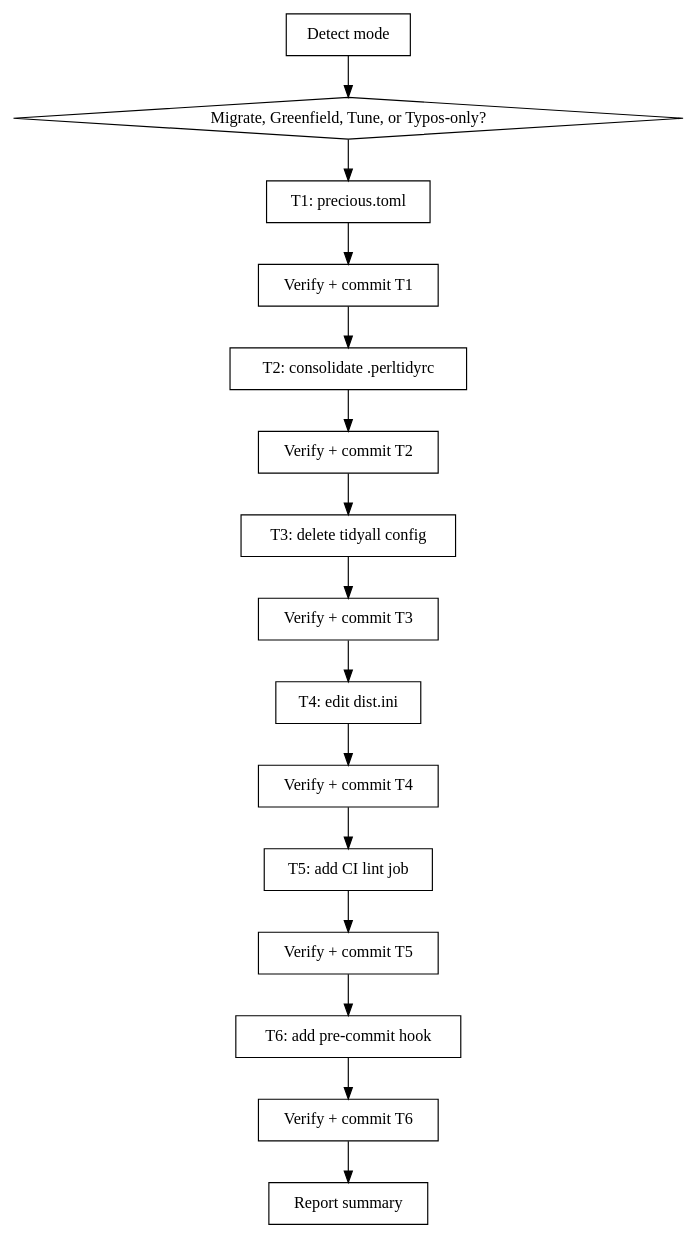
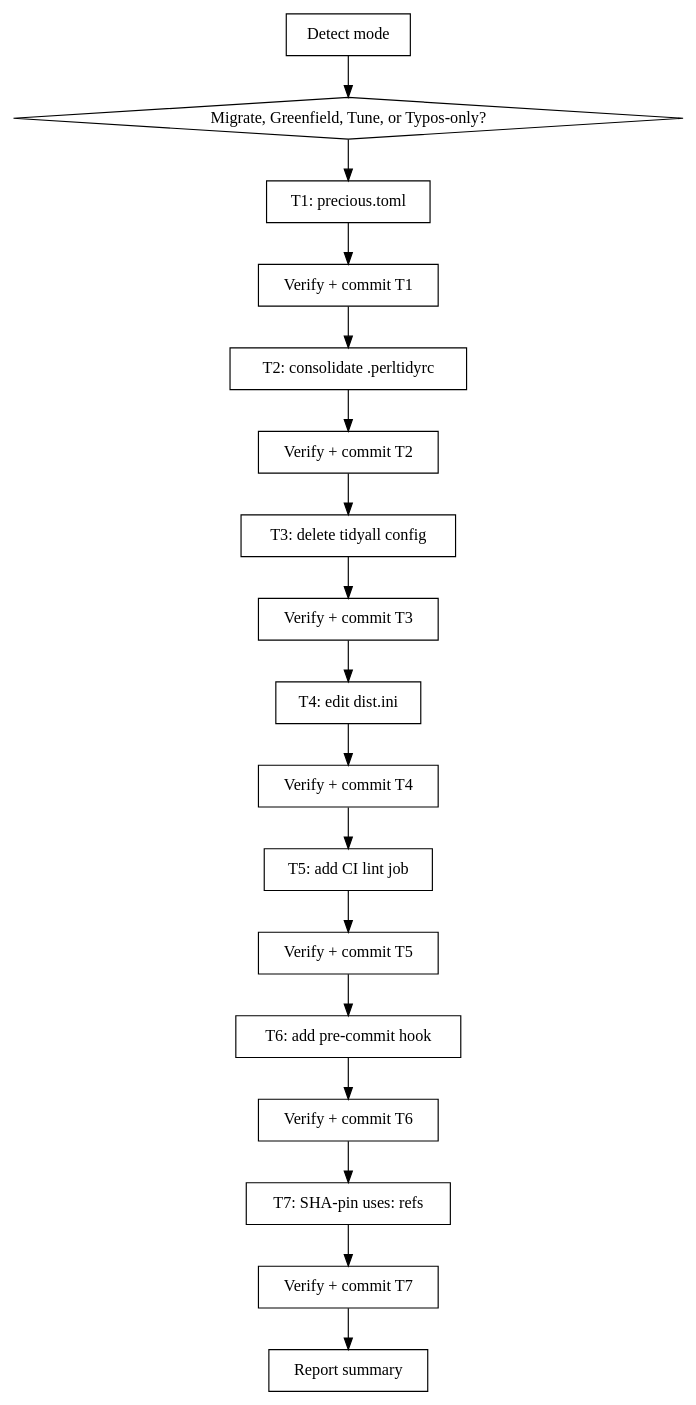
The diagram in skills/tune-precious/SKILL.md (oalders/kitchen-sink), drawn with Graphviz before and after one commit. The commit also changed other lines of this file and 8 other files, not shown here.

First line of the commit message:
pin-gh-actions: SHA-pin every GitHub Actions uses: ref (#233) (#235)

````diff
--- a/skills/tune-precious/SKILL.md
+++ b/skills/tune-precious/SKILL.md
@@ -61,34 +62,38 @@
 ```dot
 digraph tune_precious {
     "Detect mode" [shape=box];
     "Migrate, Greenfield, Tune, or Typos-only?" [shape=diamond];
     "T1: precious.toml" [shape=box];
     "Verify + commit T1" [shape=box];
     "T2: consolidate .perltidyrc" [shape=box];
     "Verify + commit T2" [shape=box];
     "T3: delete tidyall config" [shape=box];
     "Verify + commit T3" [shape=box];
     "T4: edit dist.ini" [shape=box];
     "Verify + commit T4" [shape=box];
     "T5: add CI lint job" [shape=box];
     "Verify + commit T5" [shape=box];
     "T6: add pre-commit hook" [shape=box];
     "Verify + commit T6" [shape=box];
+    "T7: SHA-pin uses: refs" [shape=box];
+    "Verify + commit T7" [shape=box];
     "Report summary" [shape=box];
 
     "Detect mode" -> "Migrate, Greenfield, Tune, or Typos-only?";
     "Migrate, Greenfield, Tune, or Typos-only?" -> "T1: precious.toml";
     "T1: precious.toml" -> "Verify + commit T1";
     "Verify + commit T1" -> "T2: consolidate .perltidyrc";
     "T2: consolidate .perltidyrc" -> "Verify + commit T2";
     "Verify + commit T2" -> "T3: delete tidyall config";
     "T3: delete tidyall config" -> "Verify + commit T3";
     "Verify + commit T3" -> "T4: edit dist.ini";
     "T4: edit dist.ini" -> "Verify + commit T4";
     "Verify + commit T4" -> "T5: add CI lint job";
     "T5: add CI lint job" -> "Verify + commit T5";
     "Verify + commit T5" -> "T6: add pre-commit hook";
     "T6: add pre-commit hook" -> "Verify + commit T6";
-    "Verify + commit T6" -> "Report summary";
+    "Verify + commit T6" -> "T7: SHA-pin uses: refs";
+    "T7: SHA-pin uses: refs" -> "Verify + commit T7";
+    "Verify + commit T7" -> "Report summary";
 }
 ```
````
